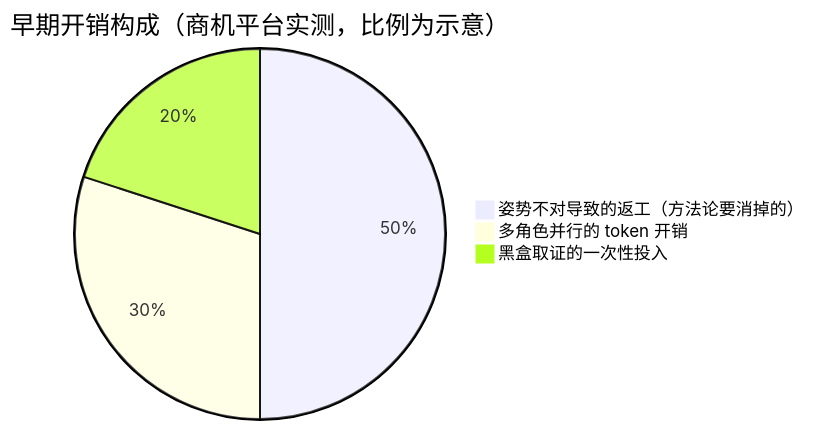
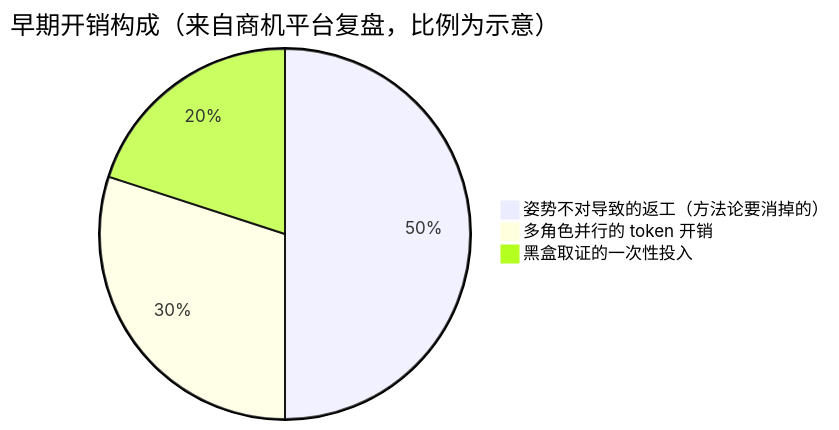
One commit to Woaini654321/efficiency-improvement changed the third of 20 diagrams in 第二次分享资料/Claude-Code提效实战分享-图文版.md. Above: the diagram before and after it, drawn with Mermaid. The commit also changed other lines of this file and 1 other file, not shown here.

````diff
--- a/第二次分享资料/Claude-Code提效实战分享-图文版.md
+++ b/第二次分享资料/Claude-Code提效实战分享-图文版.md
@@ -97,6 +135,6 @@
 ```mermaid
-pie title 早期开销构成（商机平台实测，比例为示意）
+pie title 早期开销构成（来自商机平台复盘，比例为示意）
     "姿势不对导致的返工（方法论要消掉的）" : 50
     "多角色并行的 token 开销" : 30
     "黑盒取证的一次性投入" : 20
 ```
````
